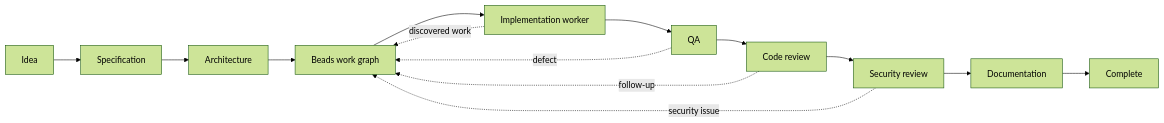
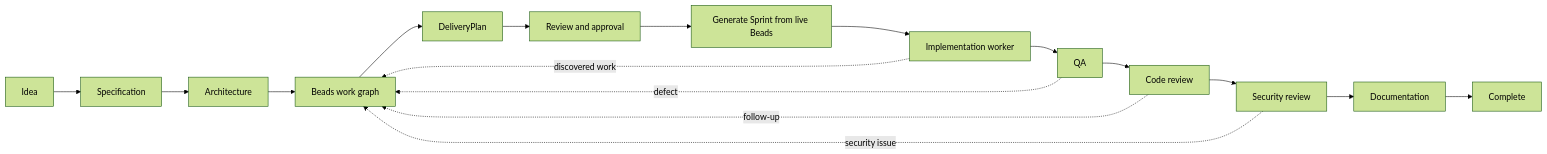
The second of 2 diagrams in README.md (ianleggett/agentic-dev-team), drawn with Mermaid (forest theme) before and after one commit. The commit also changed other lines of this file and 3 other files, not shown here.

Commit message:
updated readme, and delivery plan ui

````diff
--- a/README.md
+++ b/README.md
@@ -203,17 +203,20 @@
 ``` mermaid
 flowchart LR
     IDEA[Idea] --> SPEC[Specification]
     SPEC --> ARCH[Architecture]
     ARCH --> PLAN[Beads work graph]
-    PLAN --> DEV[Implementation worker]
+    PLAN --> DP[DeliveryPlan]
+    DP --> APPROVE[Review and approval]
+    APPROVE --> SPRINT[Generate Sprint from live Beads]
+    SPRINT --> DEV[Implementation worker]
     DEV --> TEST[QA]
     TEST --> REVIEW[Code review]
     REVIEW --> SEC[Security review]
     SEC --> DOCS[Documentation]
     DOCS --> DONE[Complete]
 
     DEV -. discovered work .-> PLAN
     TEST -. defect .-> PLAN
     REVIEW -. follow-up .-> PLAN
     SEC -. security issue .-> PLAN
 ```
````
